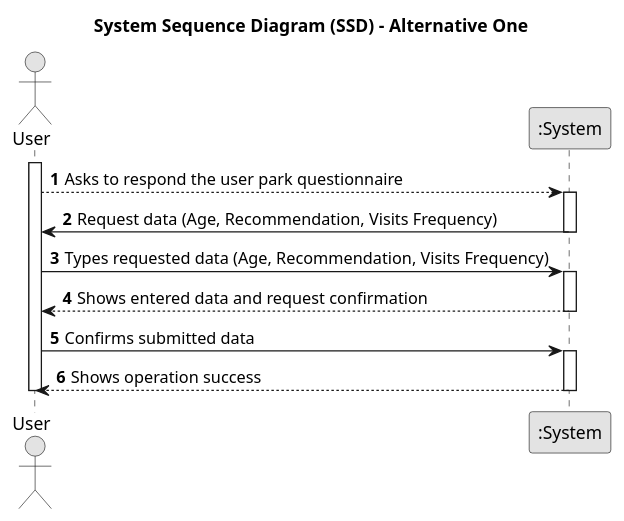
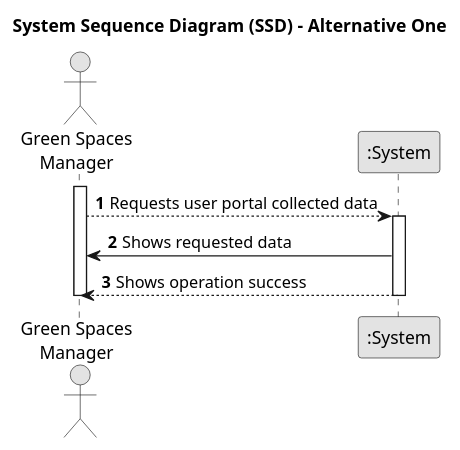
One commit to SAEmanuel/Green_Spaces_Management_ISEP changed the diagram in docs/sprintB/us011/01.requirements-engineering/puml/us011-system-sequence-diagram-alternative-one.puml. Above: the diagram before and after it, drawn with PlantUML. The commit also changed 6 other files, not shown here.

```diff
--- a/docs/sprintB/us011/01.requirements-engineering/puml/us011-system-sequence-diagram-alternative-one.puml
+++ b/docs/sprintB/us011/01.requirements-engineering/puml/us011-system-sequence-diagram-alternative-one.puml
@@ -1,33 +1,22 @@
 @startuml
 skinparam monochrome true
 skinparam packageStyle rectangle
 skinparam shadowing false
 
 title System Sequence Diagram (SSD) - Alternative One
 
 autonumber
 
-actor "User" as User
+actor "Green Spaces\nManager" as GSM
 participant ":System" as System
 
-        activate User
+        activate GSM
 
-        User --> System: Asks to respond the user park questionnaire
+        GSM --> System: Requests user portal collected data
         activate System
 
-        System -> User : Request data (Age, Recommendation, Visits Frequency)
+        System -> GSM : Shows requested data
+        System --> GSM : Shows operation success
         deactivate System
-        User -> System : Types requested data (Age, Recommendation, Visits Frequency)
-
-        activate System
-
-        System --> User : Shows entered data and request confirmation
-        deactivate System
-
-        User -> System : Confirms submitted data
-        activate System
-
-        System --> User : Shows operation success
-        deactivate System
-        deactivate User
+        deactivate GSM
 @enduml
```
